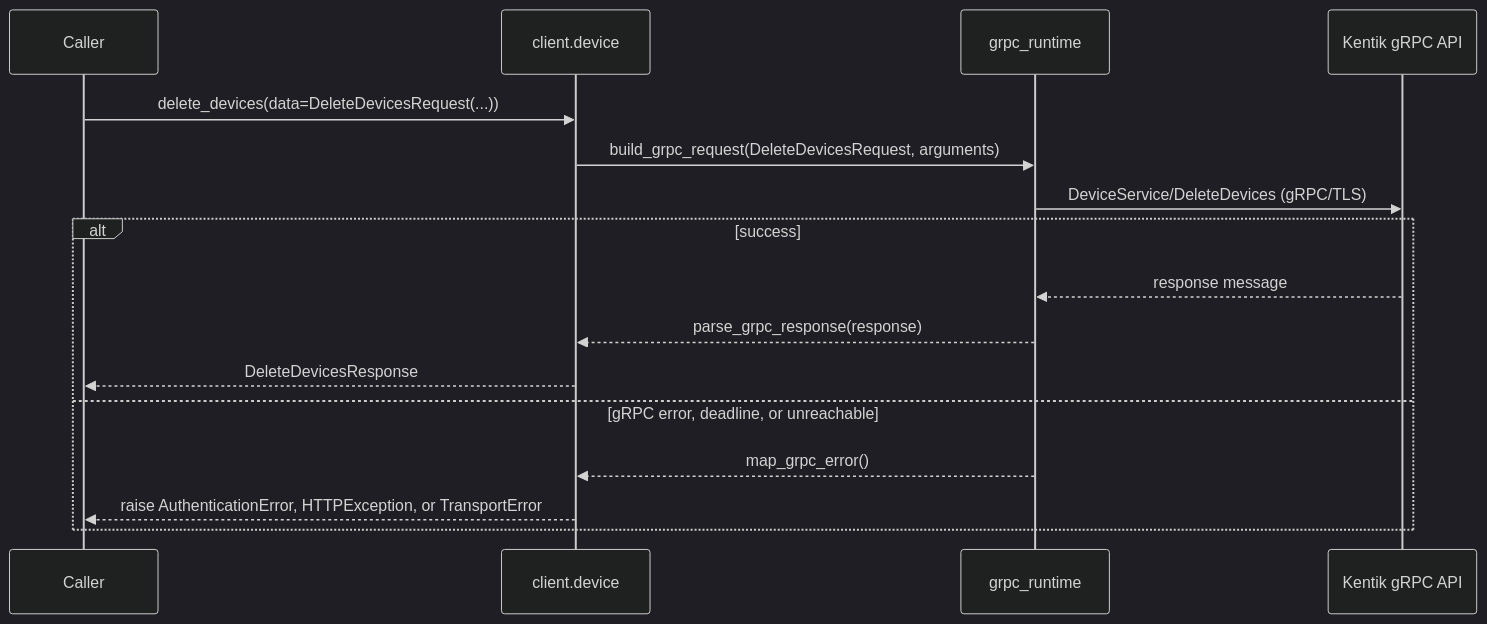
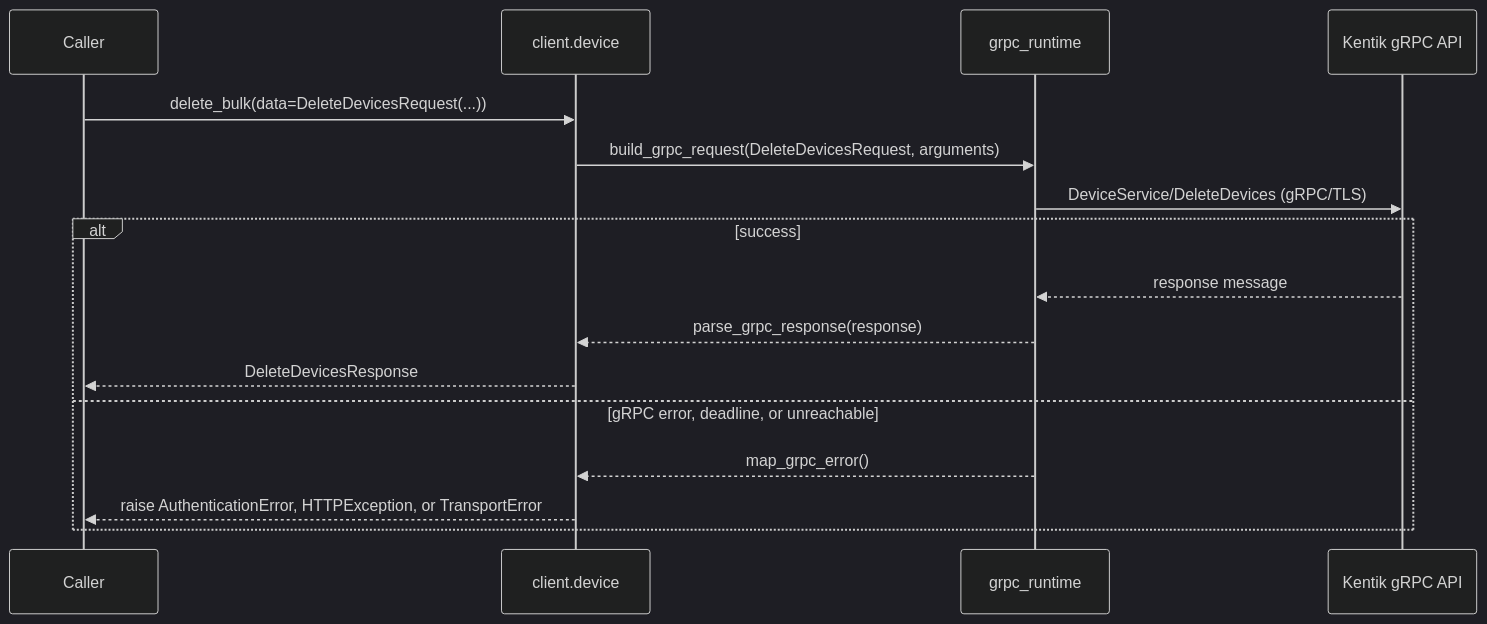
One commit to alexdearaujo/community_sdk_python changed the ninth of 22 diagrams in docs/sphinx/services/device.md. Above: the diagram before and after it, drawn with Mermaid (dark theme). The commit also changed other lines of this file and 119 other files, not shown here.

````diff
--- a/docs/sphinx/services/device.md
+++ b/docs/sphinx/services/device.md
@@ -288,19 +288,19 @@
 ```mermaid
 sequenceDiagram
     participant C as Caller
     participant W as client.device
     participant R as grpc_runtime
     participant API as Kentik gRPC API
 
-    C->>W: delete_devices(data=DeleteDevicesRequest(...))
+    C->>W: delete_bulk(data=DeleteDevicesRequest(...))
     W->>R: build_grpc_request(DeleteDevicesRequest, arguments)
     R->>API: DeviceService/DeleteDevices (gRPC/TLS)
     alt success
         API-->>R: response message
         R-->>W: parse_grpc_response(response)
         W-->>C: DeleteDevicesResponse
     else gRPC error, deadline, or unreachable
         R-->>W: map_grpc_error()
         W-->>C: raise AuthenticationError, HTTPException, or TransportError
     end
 ```
````
